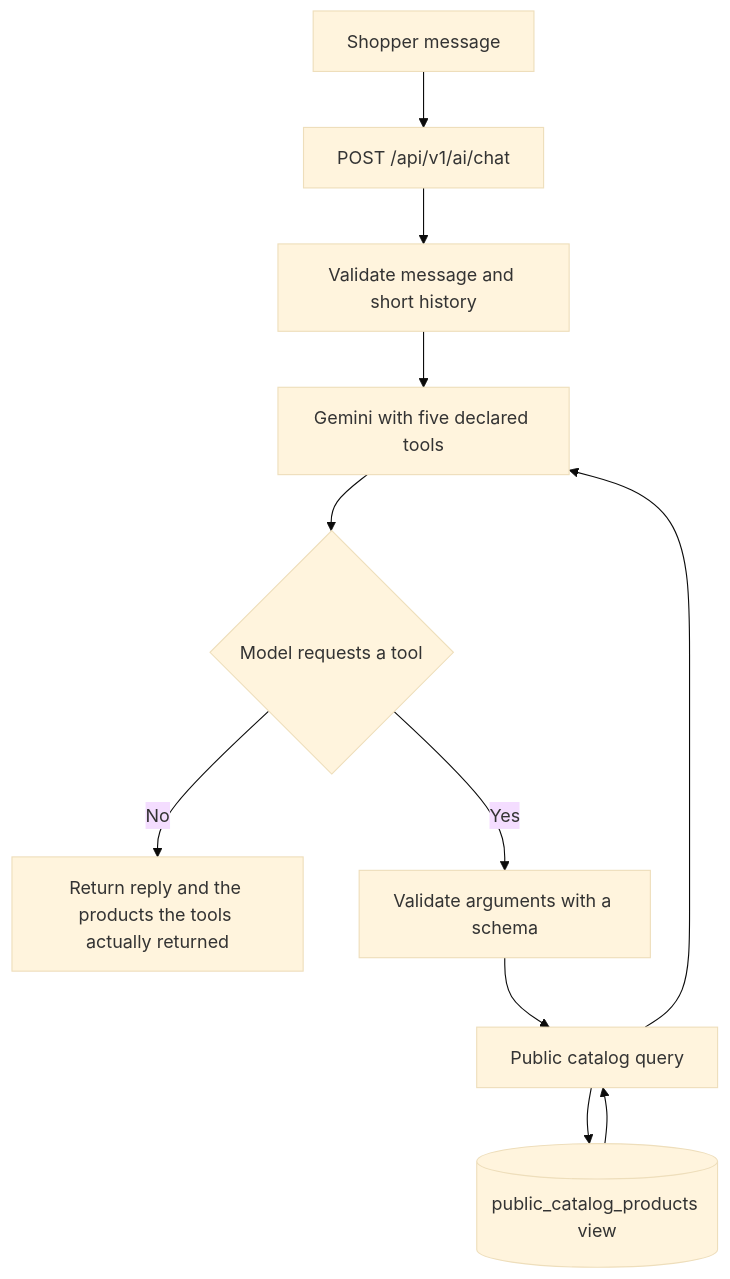
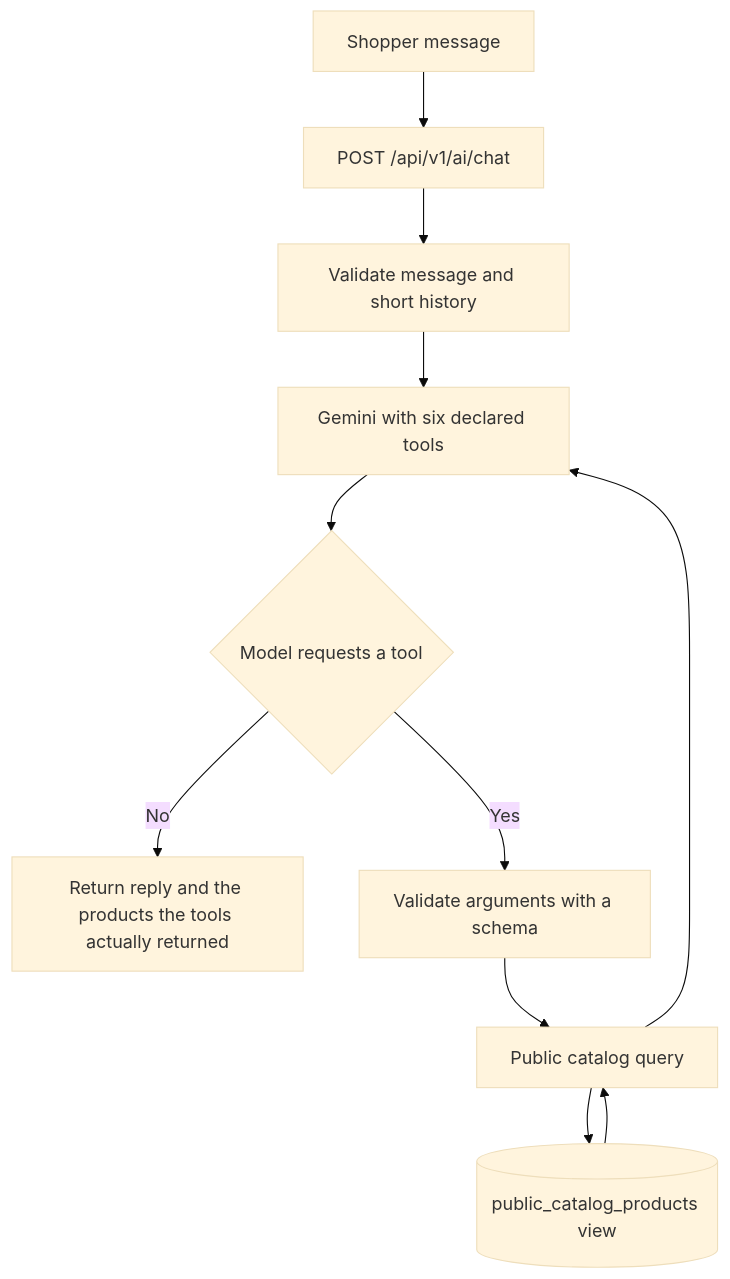
One commit to abdimilkesa/E-Gebeya changed the diagram in docs/09-ai-shopping-assistant.md. Above: the diagram before and after it, drawn with Mermaid (base theme). The commit also changed other lines of this file and 73 other files, not shown here.

````diff
--- a/docs/09-ai-shopping-assistant.md
+++ b/docs/09-ai-shopping-assistant.md
@@ -22,13 +24,13 @@
 ```mermaid
 flowchart TD
   user[Shopper message] --> route[POST /api/v1/ai/chat]
   route --> trim[Validate message and short history]
-  trim --> gemini[Gemini with five declared tools]
+  trim --> gemini[Gemini with six declared tools]
   gemini --> choice{Model requests a tool}
   choice -->|No| reply[Return reply and the products the tools actually returned]
   choice -->|Yes| args[Validate arguments with a schema]
   args --> repo[Public catalog query]
   repo --> view[(public_catalog_products view)]
   view --> repo
   repo --> gemini
 ```
````
